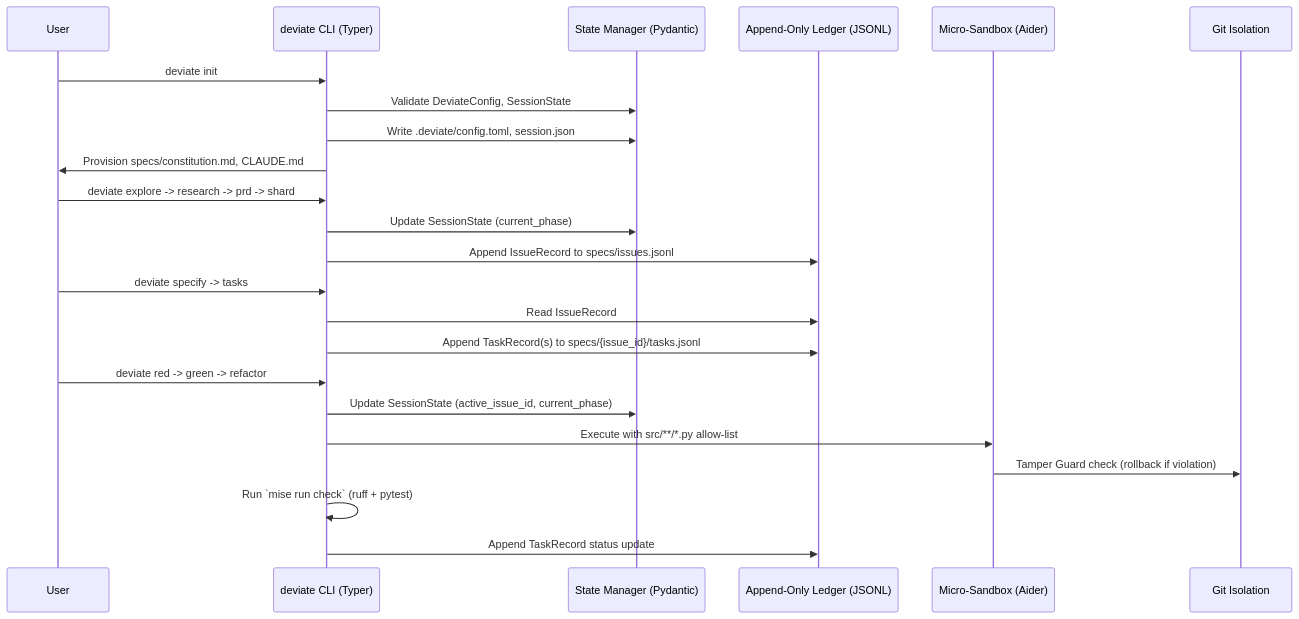
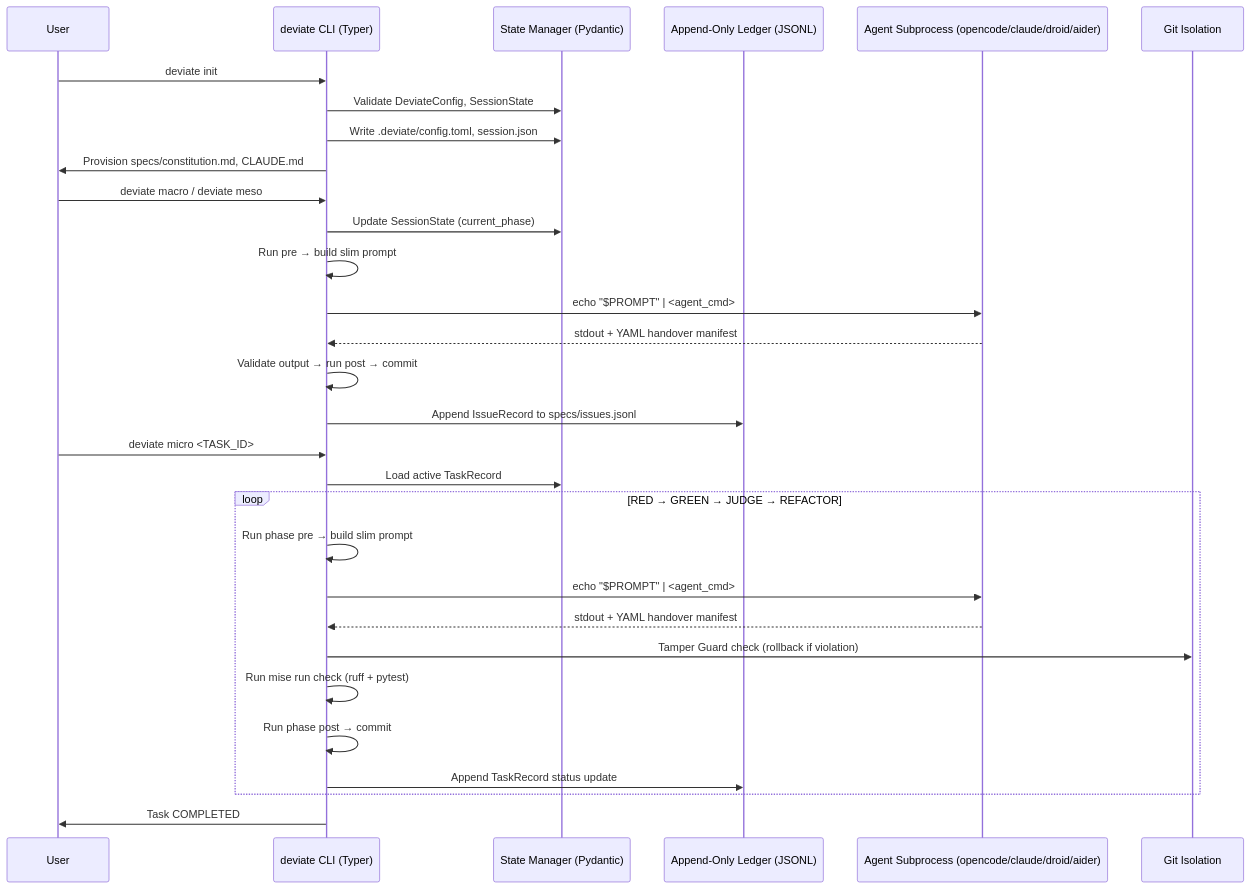
Before and after one commit to wbisschoff13/deviatdd: the diagram in specs/001-deviate-cli-python/prd.md, drawn with Mermaid. The commit also changed other lines of this file and 2 other files, not shown here.

First line of the commit message:
docs(001): update prd, design, and micro-layer specs

````diff
--- a/specs/001-deviate-cli-python/prd.md
+++ b/specs/001-deviate-cli-python/prd.md
@@ -93,29 +106,35 @@
 ```mermaid
 sequenceDiagram
     participant User
     participant CLI as deviate CLI (Typer)
     participant State as State Manager (Pydantic)
     participant Ledger as Append-Only Ledger (JSONL)
-    participant Sandbox as Micro-Sandbox (Aider)
+    participant Agent as Agent Subprocess (opencode/claude/droid/aider)
     participant Git as Git Isolation
 
     User->>CLI: deviate init
     CLI->>State: Validate DeviateConfig, SessionState
     CLI->>State: Write .deviate/config.toml, session.json
     CLI->>User: Provision specs/constitution.md, CLAUDE.md
 
-    User->>CLI: deviate explore -> research -> prd -> shard
+    User->>CLI: deviate macro / deviate meso
     CLI->>State: Update SessionState (current_phase)
+    CLI->>CLI: Run pre → build slim prompt
+    CLI->>Agent: echo "$PROMPT" | <agent_cmd>
+    Agent-->>CLI: stdout + YAML handover manifest
+    CLI->>CLI: Validate output → run post → commit
     CLI->>Ledger: Append IssueRecord to specs/issues.jsonl
     
-    User->>CLI: deviate specify -> tasks
-    CLI->>Ledger: Read IssueRecord
-    CLI->>Ledger: Append TaskRecord(s) to specs/{issue_id}/tasks.jsonl
-    
-    User->>CLI: deviate red -> green -> refactor
-    CLI->>State: Update SessionState (active_issue_id, current_phase)
-    CLI->>Sandbox: Execute with src/**/*.py allow-list
-    Sandbox->>Git: Tamper Guard check (rollback if violation)
-    CLI->>CLI: Run `mise run check` (ruff + pytest)
-    CLI->>Ledger: Append TaskRecord status update
+    User->>CLI: deviate micro <TASK_ID>
+    CLI->>State: Load active TaskRecord
+    loop RED → GREEN → JUDGE → REFACTOR
+        CLI->>CLI: Run phase pre → build slim prompt
+        CLI->>Agent: echo "$PROMPT" | <agent_cmd>
+        Agent-->>CLI: stdout + YAML handover manifest
+        CLI->>Git: Tamper Guard check (rollback if violation)
+        CLI->>CLI: Run mise run check (ruff + pytest)
+        CLI->>CLI: Run phase post → commit
+        CLI->>Ledger: Append TaskRecord status update
+    end
+    CLI->>User: Task COMPLETED
 ```
````
